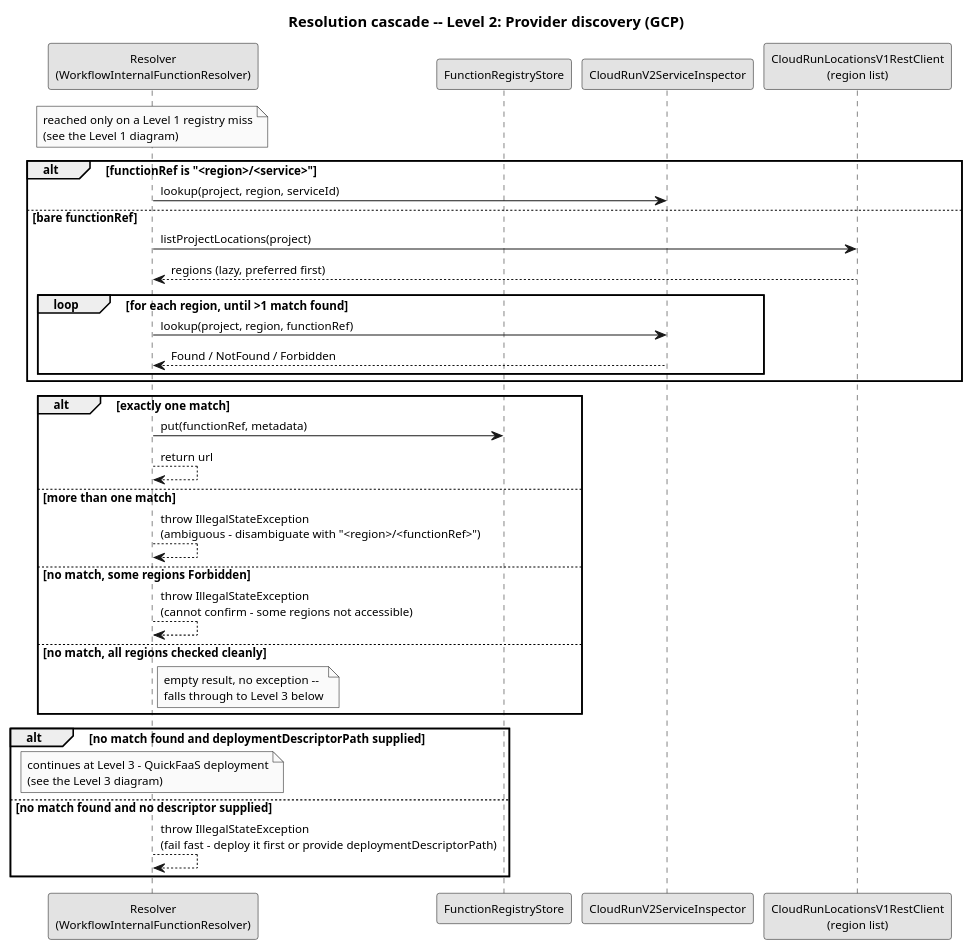
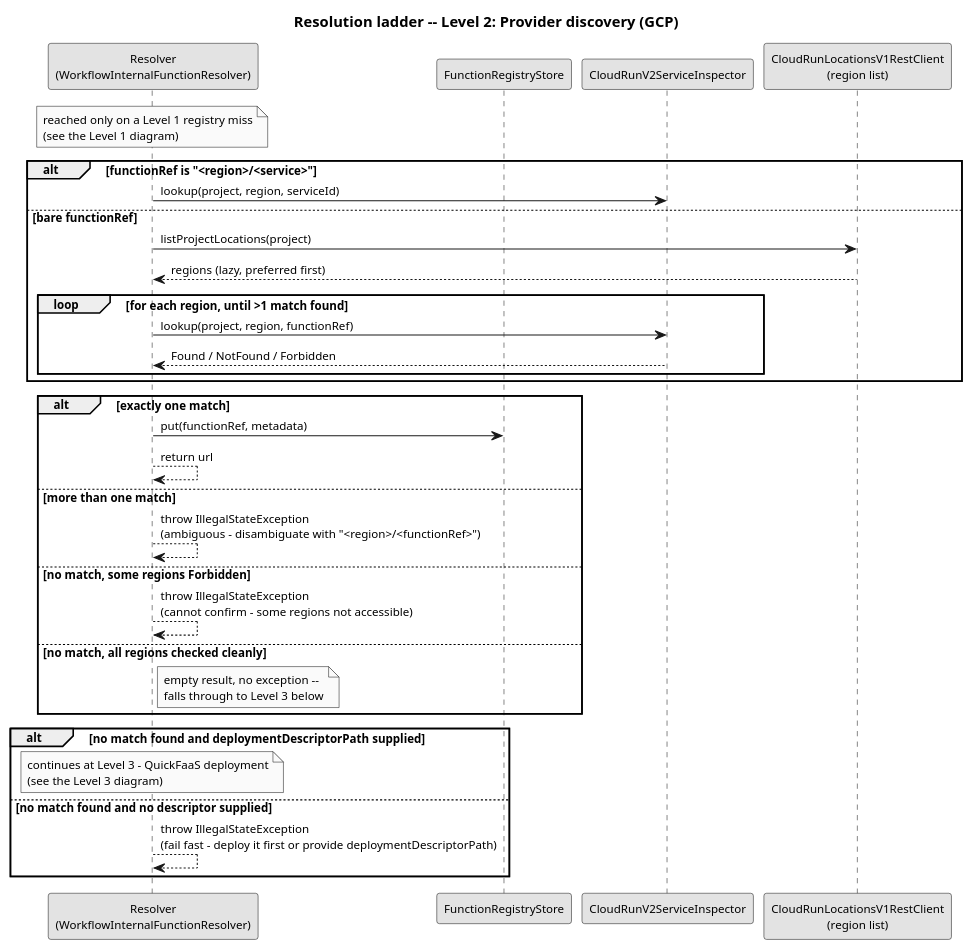
The diagram in diagrams/resolution-cascade-level2-gcp.puml (EngenheiroPedroCarvalho/ISEL-Thesis-2526), drawn with PlantUML before and after one commit. The commit also changed 40 other files, not shown here.

```diff
--- a/diagrams/resolution-cascade-level2-gcp.puml
+++ b/diagrams/resolution-cascade-level2-gcp.puml
@@ -1,50 +1,50 @@
 @startuml resolution-cascade-level2-gcp
 skinparam monochrome true
 skinparam shadowing false
 skinparam defaultFontSize 11
-title Resolution cascade -- Level 2: Provider discovery (GCP)
+title Resolution ladder -- Level 2: Provider discovery (GCP)
 
 participant "Resolver\n(WorkflowInternalFunctionResolver)" as R
 participant "FunctionRegistryStore" as REG
 participant "CloudRunV2ServiceInspector" as GI
 participant "CloudRunLocationsV1RestClient\n(region list)" as GL
 
 note over R
   reached only on a Level 1 registry miss
   (see the Level 1 diagram)
 end note
 
 alt functionRef is "<region>/<service>"
   R -> GI : lookup(project, region, serviceId)
 else bare functionRef
   R -> GL : listProjectLocations(project)
   GL --> R : regions (lazy, preferred first)
   loop for each region, until >1 match found
     R -> GI : lookup(project, region, functionRef)
     GI --> R : Found / NotFound / Forbidden
   end
 end
 
 alt exactly one match
   R -> REG : put(functionRef, metadata)
   R --> R : return url
 else more than one match
   R --> R : throw IllegalStateException\n(ambiguous - disambiguate with "<region>/<functionRef>")
 else no match, some regions Forbidden
   R --> R : throw IllegalStateException\n(cannot confirm - some regions not accessible)
 else no match, all regions checked cleanly
   note right of R
     empty result, no exception --
     falls through to Level 3 below
   end note
 end
 
 alt no match found and deploymentDescriptorPath supplied
   note over R
     continues at Level 3 - QuickFaaS deployment
     (see the Level 3 diagram)
   end note
 else no match found and no descriptor supplied
   R --> R : throw IllegalStateException\n(fail fast - deploy it first or provide deploymentDescriptorPath)
 end
 @enduml
```
